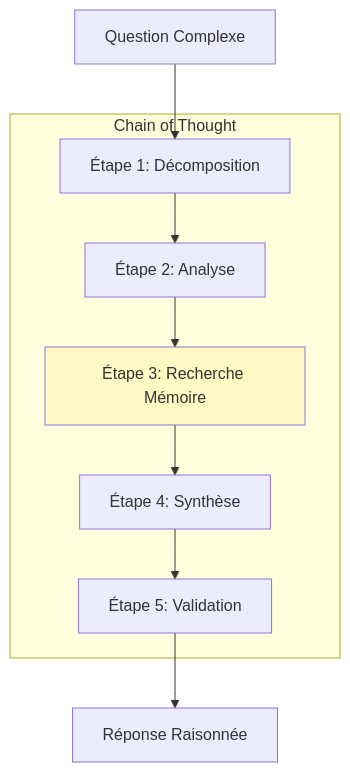
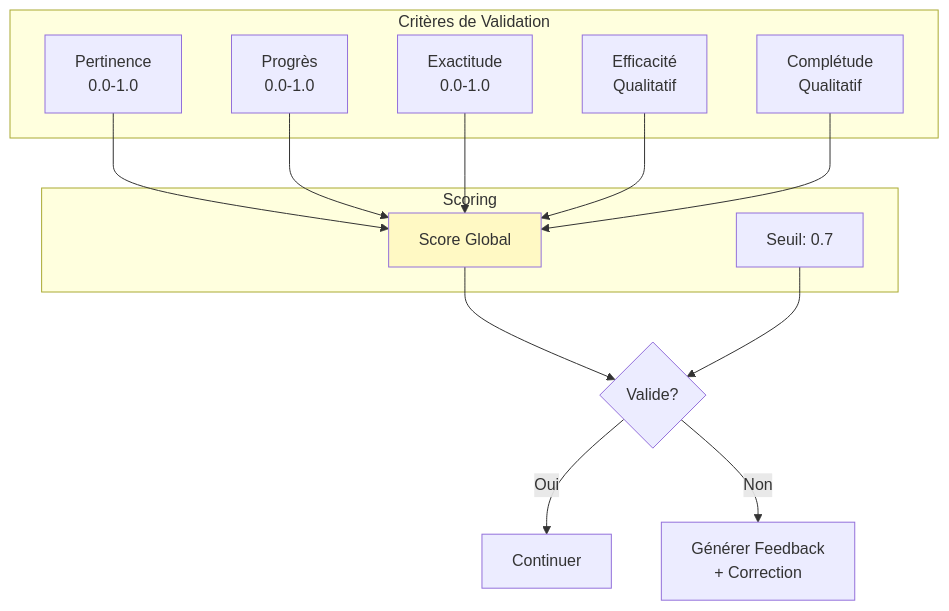
One commit to iapourtous/UXMPC changed the fifth of 22 diagrams in article_collective_agi.md. Above: the diagram before and after it, drawn with Mermaid. The commit also changed other lines of this file, not shown here.

````diff
--- a/article_collective_agi.md
+++ b/article_collective_agi.md
@@ -113,23 +159,29 @@
 ```mermaid
-flowchart TD
-    QUESTION[Question Complexe]
-    
-    subgraph "Chain of Thought"
-        COT1[Étape 1: Décomposition]
-        COT2[Étape 2: Analyse]
-        COT3[Étape 3: Recherche Mémoire]
-        COT4[Étape 4: Synthèse]
-        COT5[Étape 5: Validation]
+graph TD
+    subgraph "Critères de Validation"
+        RELEVANCE[Pertinence<br/>0.0-1.0]
+        PROGRESS[Progrès<br/>0.0-1.0]
+        CORRECTNESS[Exactitude<br/>0.0-1.0]
+        EFFICIENCY[Efficacité<br/>Qualitatif]
+        COMPLETENESS[Complétude<br/>Qualitatif]
     end
     
-    ANSWER[Réponse Raisonnée]
+    subgraph "Scoring"
+        SCORE[Score Global]
+        THRESHOLD[Seuil: 0.7]
+    end
     
-    QUESTION --> COT1
-    COT1 --> COT2
-    COT2 --> COT3
-    COT3 --> COT4
-    COT4 --> COT5
-    COT5 --> ANSWER
+    RELEVANCE --> SCORE
+    PROGRESS --> SCORE
+    CORRECTNESS --> SCORE
+    EFFICIENCY --> SCORE
+    COMPLETENESS --> SCORE
     
-    style COT3 fill:#fff9c4
+    SCORE --> Decision{Valide?}
+    THRESHOLD --> Decision
+    
+    Decision -->|Oui| Continue[Continuer]
+    Decision -->|Non| Feedback[Générer Feedback<br/>+ Correction]
+    
+    style SCORE fill:#fff9c4
 ```
````
